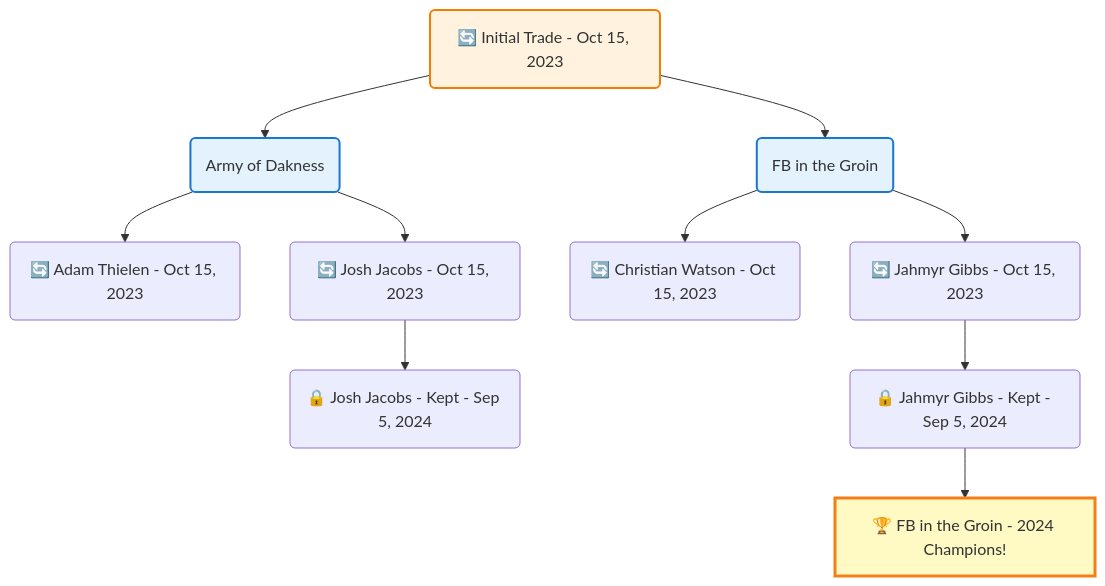
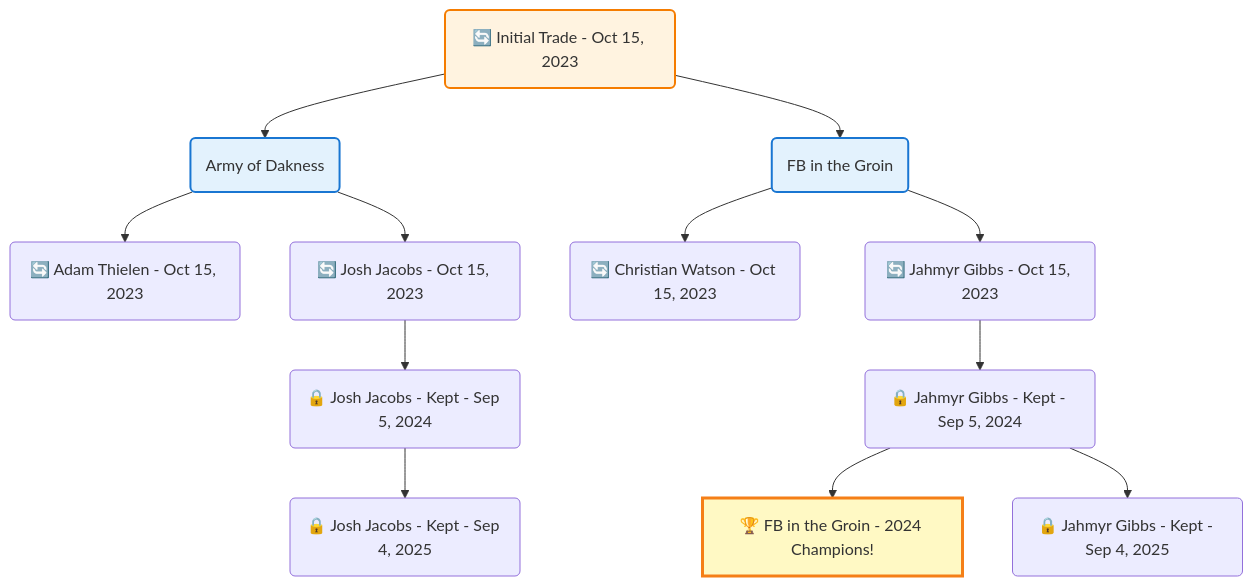
Before and after one commit to bsnooks/FantasyArchive: the diagram in frontend/public/data/trade-trees/mermaid/7ebfd2d8-b68f-4cd2-983c-4eb32d3c591e.mmd, drawn with Mermaid. The commit also changed 76 other files, not shown here.

```diff
--- a/frontend/public/data/trade-trees/mermaid/7ebfd2d8-b68f-4cd2-983c-4eb32d3c591e.mmd
+++ b/frontend/public/data/trade-trees/mermaid/7ebfd2d8-b68f-4cd2-983c-4eb32d3c591e.mmd
@@ -1,35 +1,39 @@
 flowchart TD
 
     TRADE_MAIN("🔄 Initial Trade - Oct 15, 2023")
     TEAM_1("Army of Dakness")
     TEAM_2("FB in the Groin")
     NODE_ec10909e-c348-4aa2-a6d0-184cbd992fb1("🔄 Adam Thielen - Oct 15, 2023")
     NODE_ddfc4e31-e4aa-4050-b1ab-8eea224877ef("🔄 Josh Jacobs - Oct 15, 2023")
     NODE_123ad766-bd86-424a-939a-3ac837584923("🔒 Josh Jacobs - Kept - Sep 5, 2024")
+    NODE_1204df44-3016-4fa9-95cd-486a1e9d2901("🔒 Josh Jacobs - Kept - Sep 4, 2025")
     NODE_c97d5ea7-3f41-4d0c-9ef5-f03daa0b31d3("🔄 Christian Watson - Oct 15, 2023")
     NODE_d00bc519-c621-45b4-a6d5-fc400992378f("🔄 Jahmyr Gibbs - Oct 15, 2023")
     NODE_1ca29f3e-255d-4d72-a377-25823a0c7414("🔒 Jahmyr Gibbs - Kept - Sep 5, 2024")
     CHAMP_f483ecf1-cd17-4991-854b-e52dfc957b45_2024["🏆 FB in the Groin - 2024 Champions!"]
+    NODE_2f581be0-38bd-4ddf-a28a-6be759cc944e("🔒 Jahmyr Gibbs - Kept - Sep 4, 2025")
 
     TRADE_MAIN --> TEAM_1
     TRADE_MAIN --> TEAM_2
     TEAM_1 --> NODE_ec10909e-c348-4aa2-a6d0-184cbd992fb1
     TEAM_1 --> NODE_ddfc4e31-e4aa-4050-b1ab-8eea224877ef
     NODE_ddfc4e31-e4aa-4050-b1ab-8eea224877ef --> NODE_123ad766-bd86-424a-939a-3ac837584923
+    NODE_123ad766-bd86-424a-939a-3ac837584923 --> NODE_1204df44-3016-4fa9-95cd-486a1e9d2901
     TEAM_2 --> NODE_c97d5ea7-3f41-4d0c-9ef5-f03daa0b31d3
     TEAM_2 --> NODE_d00bc519-c621-45b4-a6d5-fc400992378f
     NODE_d00bc519-c621-45b4-a6d5-fc400992378f --> NODE_1ca29f3e-255d-4d72-a377-25823a0c7414
     NODE_1ca29f3e-255d-4d72-a377-25823a0c7414 --> CHAMP_f483ecf1-cd17-4991-854b-e52dfc957b45_2024
+    NODE_1ca29f3e-255d-4d72-a377-25823a0c7414 --> NODE_2f581be0-38bd-4ddf-a28a-6be759cc944e
 
     %% Node styling
     classDef teamNode fill:#e3f2fd,stroke:#1976d2,stroke-width:2px
     classDef tradeNode fill:#fff3e0,stroke:#f57c00,stroke-width:2px
     classDef playerNode fill:#f3e5f5,stroke:#7b1fa2,stroke-width:1px
     classDef nonRootPlayerNode fill:#f5f5f5,stroke:#757575,stroke-width:1px
     classDef endNode fill:#ffebee,stroke:#c62828,stroke-width:2px
     classDef waiverNode fill:#e8f5e8,stroke:#388e3c,stroke-width:2px
     classDef championshipNode fill:#fff9c4,stroke:#f57f17,stroke-width:3px
 
     class TEAM_1,TEAM_2 teamNode
     class CHAMP_f483ecf1-cd17-4991-854b-e52dfc957b45_2024 championshipNode
     class TRADE_MAIN tradeNode
```
